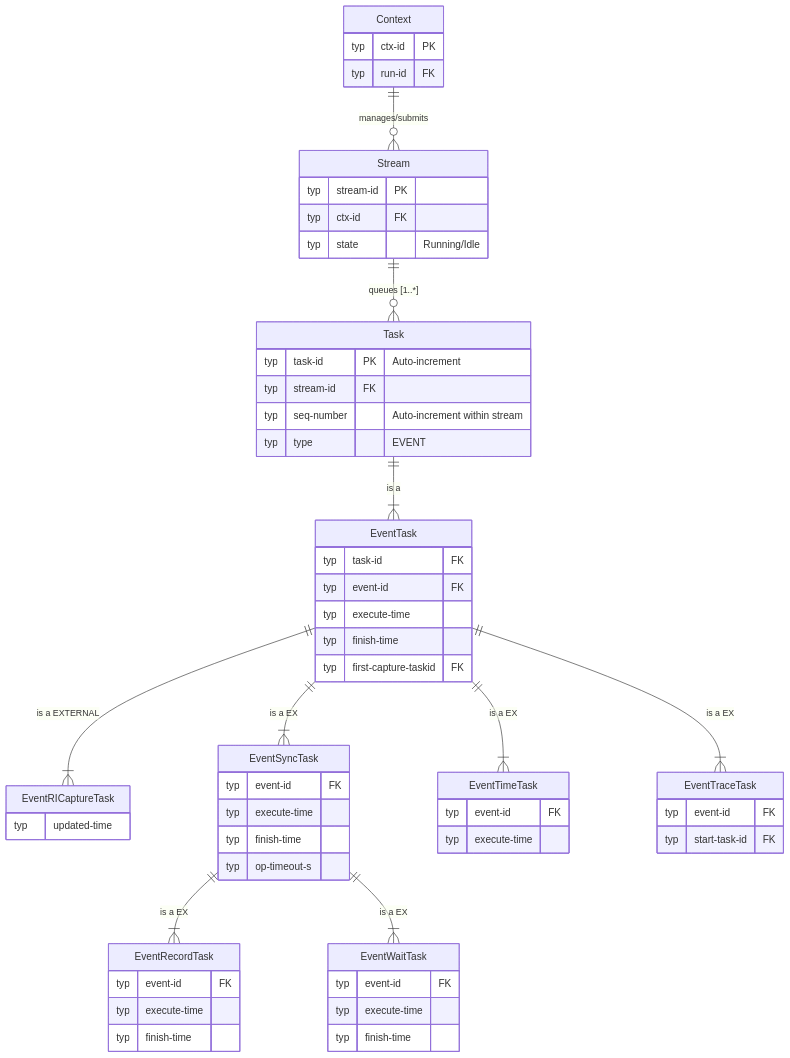
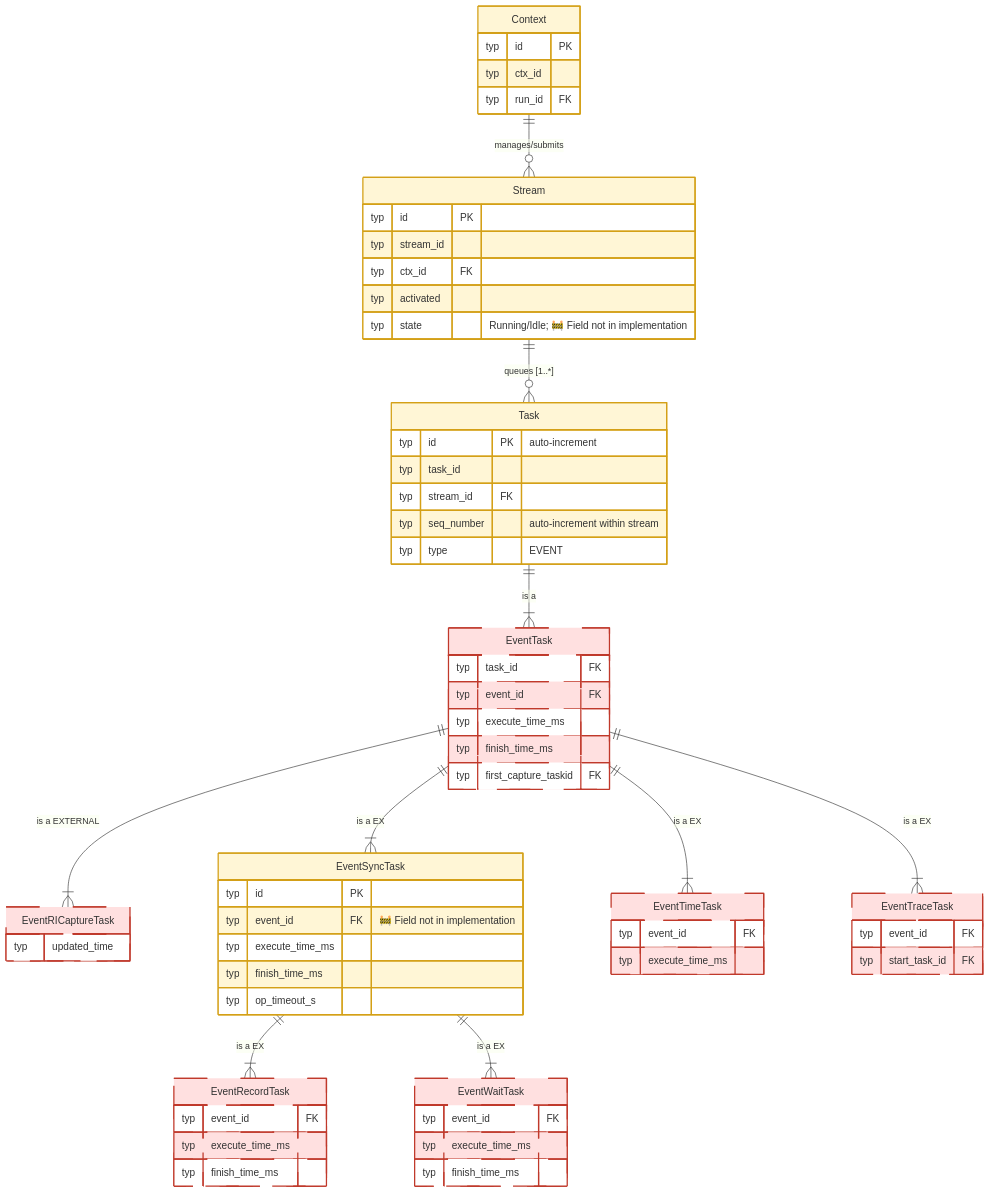
Before and after one commit to Fengfengst123/hcomm-mirror: diagram 11 of 19 in test/hccl_vm/docs/simulator_runner_data_model_en.md, drawn with Mermaid. The commit also changed other lines of this file and 701 other files, not shown here.

````diff
--- a/test/hccl_vm/docs/simulator_runner_data_model_en.md
+++ b/test/hccl_vm/docs/simulator_runner_data_model_en.md
@@ -761,66 +940,73 @@
 ```mermaid
 erDiagram
     Context {
-        typ ctx-id PK
-        typ run-id FK
+        typ id PK
+        typ ctx_id
+        typ run_id FK
     }
 
     Stream {
-        typ stream-id PK
-        typ ctx-id FK
-        typ state "Running/Idle"
+        typ id PK
+        typ stream_id
+        typ ctx_id FK
+        typ activated
+        typ state "Running/Idle; 🚧 Field not in implementation"
     }
+    %% Implementation has no state field; running state expressed by activated/capture_status/task_complete_status
 
     %% Stream contains an ordered task list
     Context ||--o{ Stream : "manages/submits"
     Stream ||--o{ Task : "queues [1..*]"
 
     Task {
-        typ task-id PK "Auto-increment"
-        typ stream-id FK
-        typ seq-number "Auto-increment within stream"
+        typ id PK "auto-increment"
+        typ task_id
+        typ stream_id FK
+        typ seq_number "auto-increment within stream"
         typ type "EVENT"
     }
 
-    %% Various concrete Task types (logical inheritance)
+    %% Various specific Task types (logical inheritance)
     EventTask {
-        typ task-id FK
-        typ event-id FK
-        typ execute-time
-        typ finish-time 
-        typ first-capture-taskid  FK  
+        typ task_id FK
+        typ event_id FK
+        typ execute_time_ms
+        typ finish_time_ms
+        typ first_capture_taskid FK
     }
 
     EventRICaptureTask {
-        typ updated-time   
-    }  
+        typ updated_time
+    }
 
     EventSyncTask {
-        typ event-id FK
-        typ execute-time
-        typ finish-time 
-        typ op-timeout-s 
+        typ id PK
+        typ event_id FK "🚧 Field not in implementation"
+        typ execute_time_ms
+        typ finish_time_ms
+        typ op_timeout_s
     }
     EventRecordTask {
-        typ event-id FK
-        typ execute-time
-        typ finish-time 
+        typ event_id FK
+        typ execute_time_ms
+        typ finish_time_ms
     }
     EventWaitTask {
-        typ event-id FK
-        typ execute-time
-        typ finish-time 
-    }    
+        typ event_id FK
+        typ execute_time_ms
+        typ finish_time_ms
+    }
     EventTimeTask {
-        typ event-id FK
-        typ execute-time     
+        typ event_id FK
+        typ execute_time_ms
     }
     EventTraceTask {
-        typ event-id FK
-        typ start-task-id  FK  
-    }      
+        typ event_id FK
+        typ start_task_id FK
+    }
 
-    %% Inheritance expression (Task has multiple subtypes)
+    %% 🧠 Process-private candidate: Context / Stream / Task (only accessed by src/proxy)
+    %% Logical expression of inheritance (Task has multiple types): distinguished by Task.type, implementation only creates Task table
     Task ||--|{ EventTask : "is a "
     EventTask ||--|{ EventRICaptureTask : "is a EXTERNAL"
     EventTask ||--|{ EventSyncTask : "is a EX"
@@ -828,4 +1014,9 @@
     EventTask ||--|{ EventTraceTask : "is a EX"
     EventSyncTask ||--|{ EventRecordTask : "is a EX"
     EventSyncTask ||--|{ EventWaitTask : "is a EX"
+
+    classDef unimplemented fill:#ffe0e0,stroke:#c0392b,stroke-width:2px,stroke-dasharray:5 3
+    classDef inproc fill:#fff6d6,stroke:#d4a017,stroke-width:2px
+    class EventTask,EventRICaptureTask,EventRecordTask,EventWaitTask,EventTimeTask,EventTraceTask unimplemented
+    class Context,Stream,Task,EventSyncTask inproc
 ```
````
